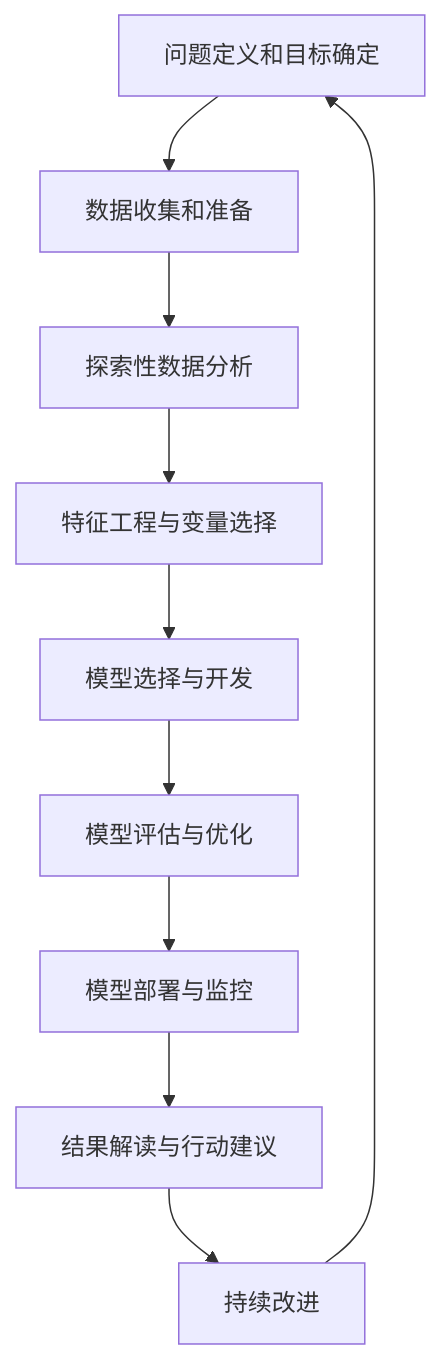
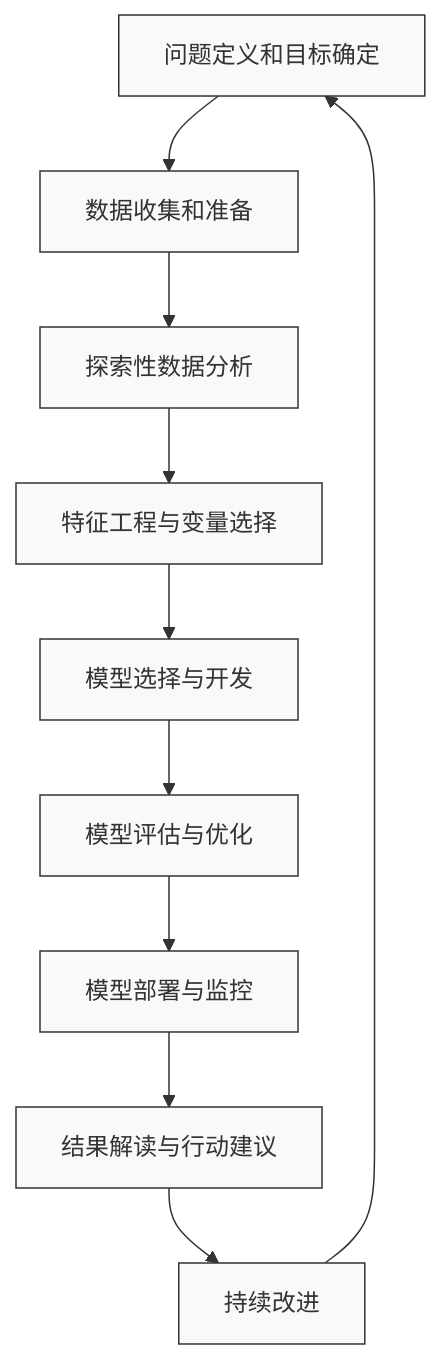
Before and after one commit to amcoimg/my-digital-garden: the third of 3 diagrams in src/site/notes/知识共享/002_商业分析/01_学习内容/03_分析方法与工具/3.3 预测性分析方法.md, drawn with Mermaid. The commit also changed other lines of this file, not shown here.

````diff
--- a/src/site/notes/知识共享/002_商业分析/01_学习内容/03_分析方法与工具/3.3 预测性分析方法.md
+++ b/src/site/notes/知识共享/002_商业分析/01_学习内容/03_分析方法与工具/3.3 预测性分析方法.md
@@ -441,12 +445,14 @@
 ```mermaid
-graph TD
+flowchart TD
     A[问题定义和目标确定] --> B[数据收集和准备]
     B --> C[探索性数据分析]
     C --> D[特征工程与变量选择]
     D --> E[模型选择与开发]
     E --> F[模型评估与优化]
     F --> G[模型部署与监控]
     G --> H[结果解读与行动建议]
     H --> I[持续改进]
     I --> A
+    
+    classDef default fill:#f9f9f9,stroke:#333,stroke-width:1px;
 ```
````
